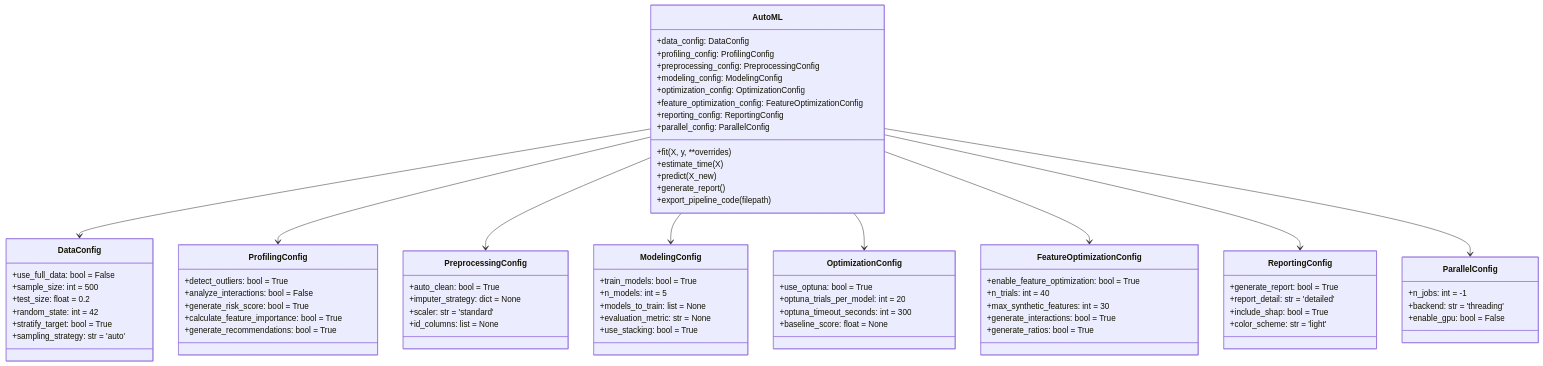
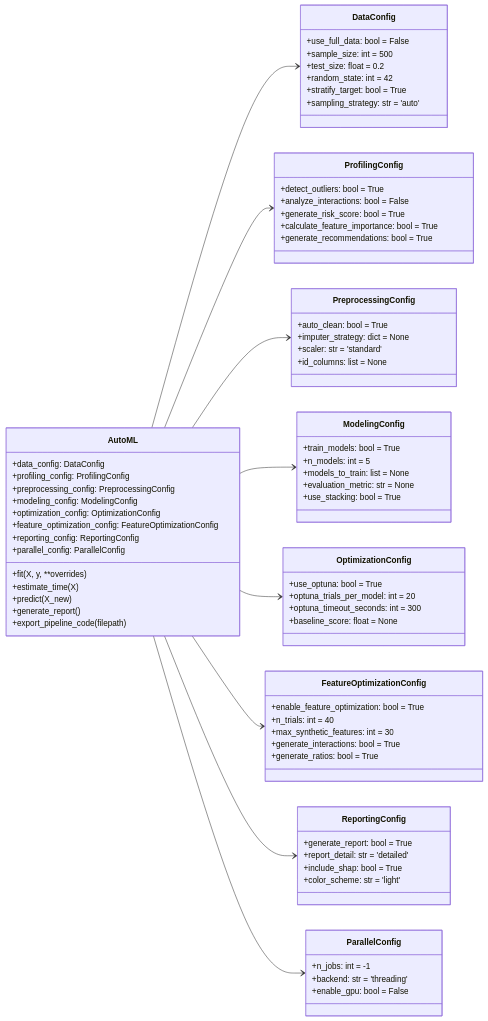
One commit to GhulamMuhammadNabeel/OctoLearn changed the second of 5 diagrams in docs/devguide.md. Above: the diagram before and after it, drawn with Mermaid. The commit also changed other lines of this file and 1 other file, not shown here.

````diff
--- a/docs/devguide.md
+++ b/docs/devguide.md
@@ -94,5 +94,6 @@
 ```mermaid
 classDiagram
+    direction LR
     class AutoML {
         +data_config: DataConfig
         +profiling_config: ProfilingConfig
````
